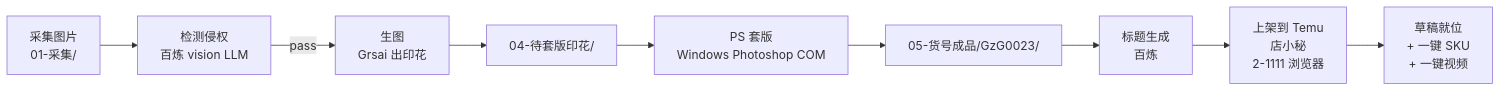
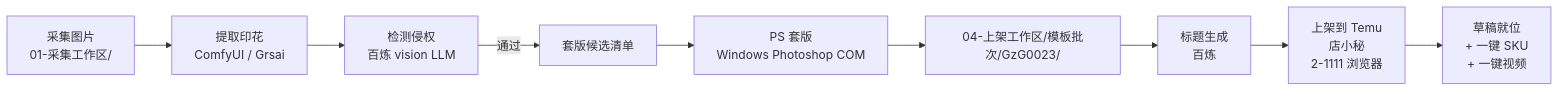
The third of 4 diagrams in docs/PROJECT_TOUR.md (axgiroud312-byte/tengyu-aipod), drawn with Mermaid before and after one commit. The commit also changed other lines of this file and 22 other files, not shown here.

Commit message:
fix(client): align workspace directory flow

````diff
--- a/docs/PROJECT_TOUR.md
+++ b/docs/PROJECT_TOUR.md
@@ -229,11 +228,11 @@
 ```mermaid
 flowchart LR
-    A[采集图片<br/>01-采集/] --> B[检测侵权<br/>百炼 vision LLM]
-    B -->|pass| C[生图<br/>Grsai 出印花]
-    C --> D[04-待套版印花/]
+    A[采集图片<br/>01-采集工作区/] --> B[提取印花<br/>ComfyUI / Grsai]
+    B --> C[检测侵权<br/>百炼 vision LLM]
+    C -->|通过| D[套版候选清单]
     D --> E[PS 套版<br/>Windows Photoshop COM]
-    E --> F[05-货号成品/GzG0023/]
+    E --> F[04-上架工作区/模板批次/GzG0023/]
     F --> G[标题生成<br/>百炼]
     G --> H[上架到 Temu<br/>店小秘<br/>2-1111 浏览器]
     H --> I[草稿就位<br/>+ 一键 SKU<br/>+ 一键视频]
 ```
````
